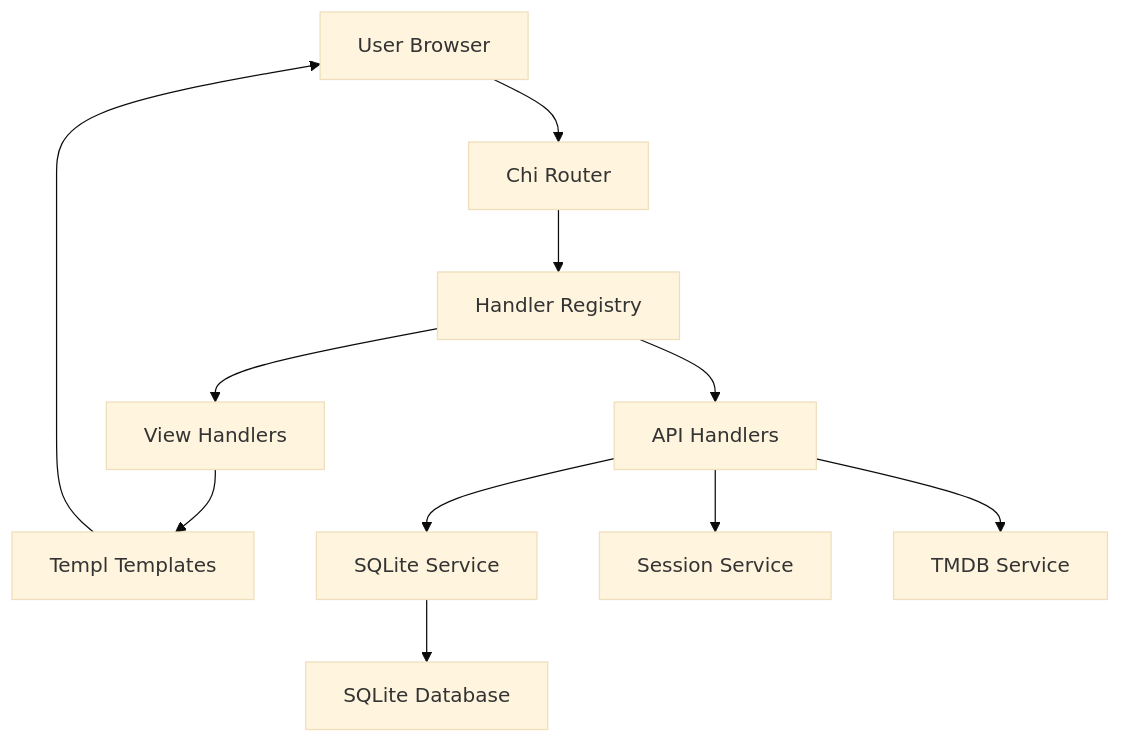
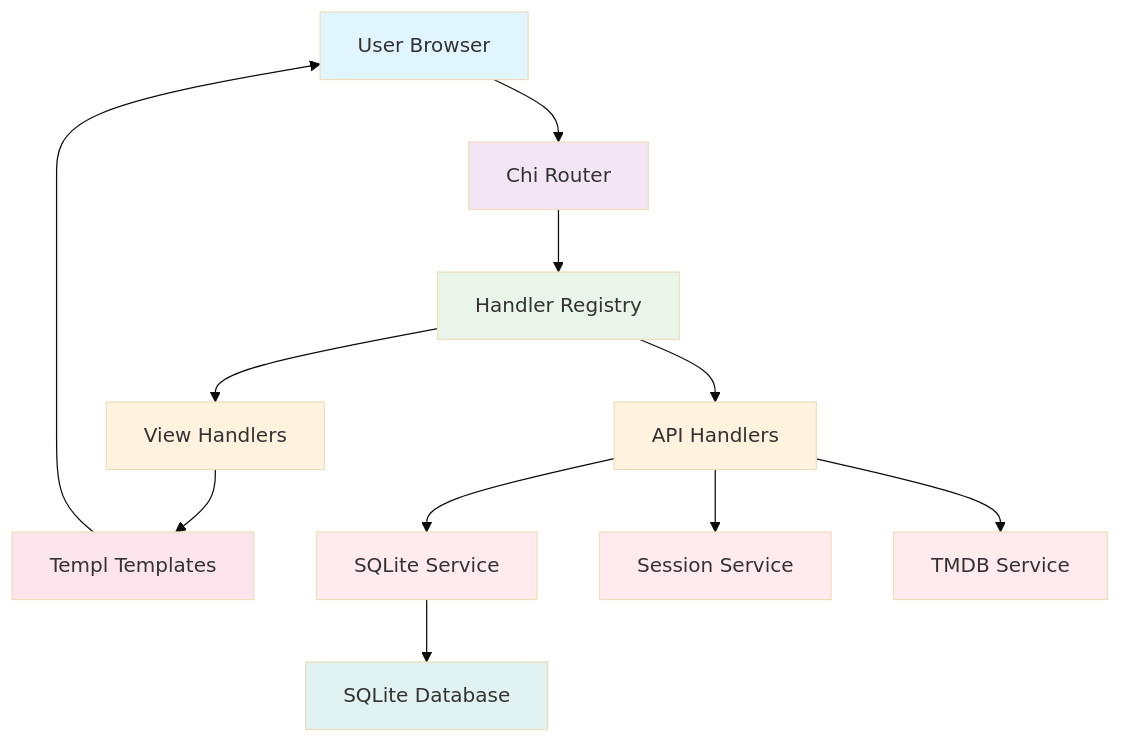
The diagram in docs/architecture.md (thornzero/mewling-goat-tavern), drawn with Mermaid (base theme) before and after one commit. The commit also changed 11 other files, not shown here.

````diff
--- a/docs/architecture.md
+++ b/docs/architecture.md
@@ -7,13 +7,24 @@
 ```mermaid
 graph TB
     A[User Browser] --> B[Chi Router]
     B --> C[Handler Registry]
     C --> D[View Handlers]
     C --> E[API Handlers]
     D --> F[Templ Templates]
     E --> G[SQLite Service]
     E --> H[Session Service]
     E --> I[TMDB Service]
     G --> J[SQLite Database]
     F --> A
+    
+    style A fill:#e1f5fe
+    style B fill:#f3e5f5
+    style C fill:#e8f5e8
+    style D fill:#fff3e0
+    style E fill:#fff3e0
+    style F fill:#fce4ec
+    style G fill:#ffebee
+    style H fill:#ffebee
+    style I fill:#ffebee
+    style J fill:#e0f2f1
 ```
````
